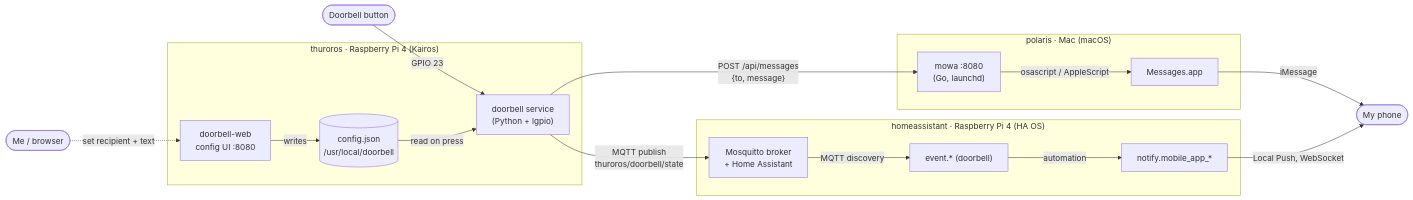
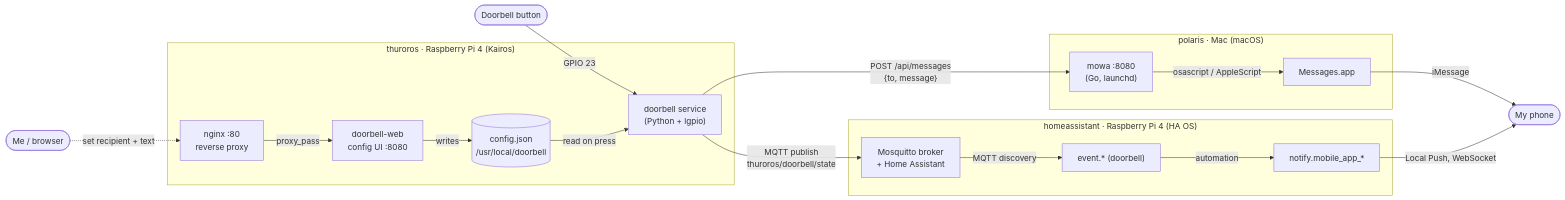
Before and after one commit to mauromorales/homelab: the diagram in nodes/thuroros/README.md, drawn with Mermaid. The commit also changed other lines of this file and 2 other files, not shown here.

First line of the commit message:
feat(thuroros): serve the doorbell config page on port 80 with nginx

````diff
--- a/nodes/thuroros/README.md
+++ b/nodes/thuroros/README.md
@@ -13,32 +13,34 @@
 ```mermaid
 flowchart LR
     button([Doorbell button]) -->|GPIO 23| doorbell
-    me([Me / browser]) -.->|set recipient + text| webui
+    me([Me / browser]) -.->|set recipient + text| proxy
 
     subgraph thuroros["thuroros · Raspberry Pi 4 (Kairos)"]
         doorbell["doorbell service<br/>(Python + lgpio)"]
+        proxy["nginx :80<br/>reverse proxy"]
         webui["doorbell-web<br/>config UI :8080"]
+        proxy -->|proxy_pass| webui
         config[("config.json<br/>/usr/local/doorbell")]
         webui -->|writes| config
         config -->|read on press| doorbell
     end
 
     doorbell -->|"POST /api/messages<br/>{to, message}"| mowa
     doorbell -->|"MQTT publish<br/>thuroros/doorbell/state"| ha
 
     subgraph polaris["polaris · Mac (macOS)"]
         mowa["mowa :8080<br/>(Go, launchd)"]
         messages["Messages.app"]
         mowa -->|osascript / AppleScript| messages
     end
 
     subgraph haHost["homeassistant · Raspberry Pi 4 (HA OS)"]
         ha["Mosquitto broker<br/>+ Home Assistant"]
         entity["event.* (doorbell)"]
         ha -->|MQTT discovery| entity
         entity -->|automation| push["notify.mobile_app_*"]
     end
 
     messages -->|iMessage| phone([My phone])
     push -->|Local Push, WebSocket| phone
 ```
````
